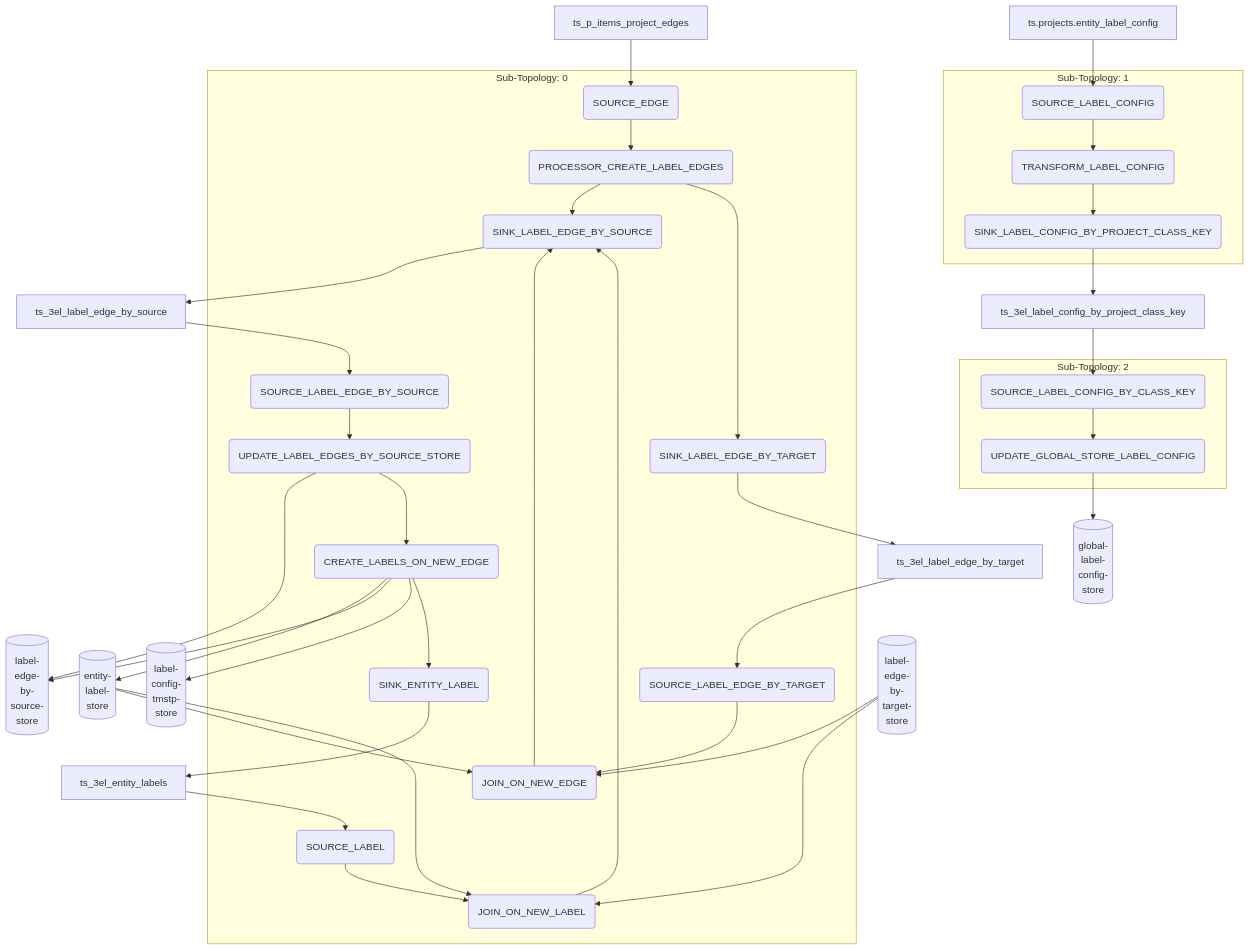
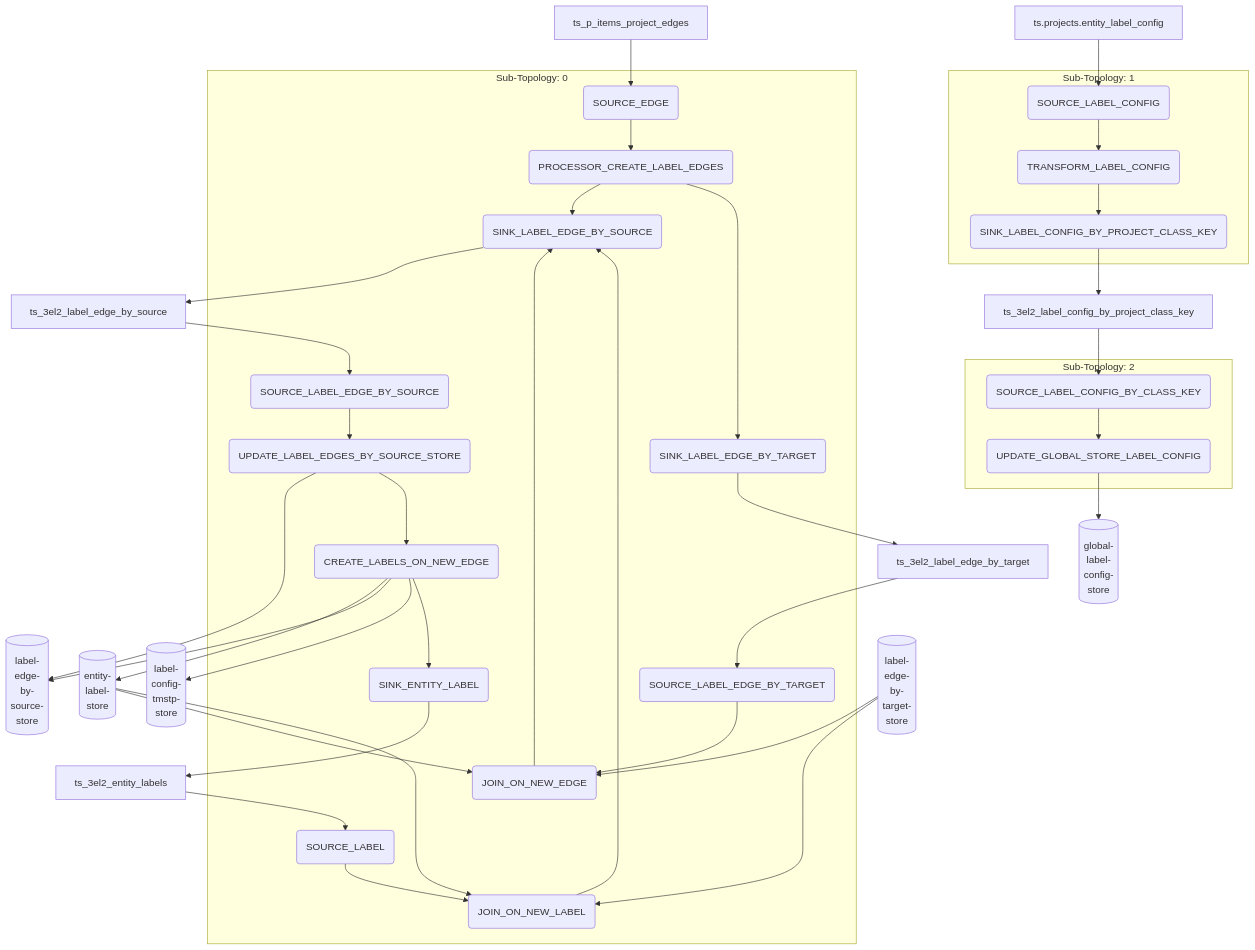
Before and after one commit to geovistory/toolbox-streams: the diagram in app-3-entity-label3/topology.md, drawn with Mermaid. The commit also changed 2 other files, not shown here.

Commit message:
trim strings for entity label

````diff
--- a/app-3-entity-label3/topology.md
+++ b/app-3-entity-label3/topology.md
@@ -1,60 +1,60 @@
 ```mermaid
 graph TD
 ts_p_items_project_edges[ts_p_items_project_edges] --> SOURCE_EDGE(SOURCE_EDGE)
-ts_3el_label_edge_by_source[ts_3el_label_edge_by_source] --> SOURCE_LABEL_EDGE_BY_SOURCE(SOURCE_LABEL_EDGE_BY_SOURCE)
-ts_3el_entity_labels[ts_3el_entity_labels] --> SOURCE_LABEL(SOURCE_LABEL)
-ts_3el_label_edge_by_target[ts_3el_label_edge_by_target] --> SOURCE_LABEL_EDGE_BY_TARGET(SOURCE_LABEL_EDGE_BY_TARGET)
+ts_3el2_label_edge_by_source[ts_3el2_label_edge_by_source] --> SOURCE_LABEL_EDGE_BY_SOURCE(SOURCE_LABEL_EDGE_BY_SOURCE)
+ts_3el2_entity_labels[ts_3el2_entity_labels] --> SOURCE_LABEL(SOURCE_LABEL)
+ts_3el2_label_edge_by_target[ts_3el2_label_edge_by_target] --> SOURCE_LABEL_EDGE_BY_TARGET(SOURCE_LABEL_EDGE_BY_TARGET)
 UPDATE_LABEL_EDGES_BY_SOURCE_STORE(UPDATE_LABEL_EDGES_BY_SOURCE_STORE) --> label-edge-by-source-store[(label-<br>edge-<br>by-<br>source-<br>store)]
 CREATE_LABELS_ON_NEW_EDGE(CREATE_LABELS_ON_NEW_EDGE) --> entity-label-store[(entity-<br>label-<br>store)]
 CREATE_LABELS_ON_NEW_EDGE(CREATE_LABELS_ON_NEW_EDGE) --> label-edge-by-source-store[(label-<br>edge-<br>by-<br>source-<br>store)]
 CREATE_LABELS_ON_NEW_EDGE(CREATE_LABELS_ON_NEW_EDGE) --> label-config-tmstp-store[(label-<br>config-<br>tmstp-<br>store)]
 label-edge-by-target-store[(label-<br>edge-<br>by-<br>target-<br>store)] --> JOIN_ON_NEW_EDGE(JOIN_ON_NEW_EDGE)
 entity-label-store[(entity-<br>label-<br>store)] --> JOIN_ON_NEW_EDGE(JOIN_ON_NEW_EDGE)
 label-edge-by-target-store[(label-<br>edge-<br>by-<br>target-<br>store)] --> JOIN_ON_NEW_LABEL(JOIN_ON_NEW_LABEL)
 entity-label-store[(entity-<br>label-<br>store)] --> JOIN_ON_NEW_LABEL(JOIN_ON_NEW_LABEL)
-SINK_ENTITY_LABEL(SINK_ENTITY_LABEL) --> ts_3el_entity_labels[ts_3el_entity_labels]
-SINK_LABEL_EDGE_BY_SOURCE(SINK_LABEL_EDGE_BY_SOURCE) --> ts_3el_label_edge_by_source[ts_3el_label_edge_by_source]
-SINK_LABEL_EDGE_BY_TARGET(SINK_LABEL_EDGE_BY_TARGET) --> ts_3el_label_edge_by_target[ts_3el_label_edge_by_target]
+SINK_ENTITY_LABEL(SINK_ENTITY_LABEL) --> ts_3el2_entity_labels[ts_3el2_entity_labels]
+SINK_LABEL_EDGE_BY_SOURCE(SINK_LABEL_EDGE_BY_SOURCE) --> ts_3el2_label_edge_by_source[ts_3el2_label_edge_by_source]
+SINK_LABEL_EDGE_BY_TARGET(SINK_LABEL_EDGE_BY_TARGET) --> ts_3el2_label_edge_by_target[ts_3el2_label_edge_by_target]
 ts.projects.entity_label_config[ts.projects.entity_label_config] --> SOURCE_LABEL_CONFIG(SOURCE_LABEL_CONFIG)
-SINK_LABEL_CONFIG_BY_PROJECT_CLASS_KEY(SINK_LABEL_CONFIG_BY_PROJECT_CLASS_KEY) --> ts_3el_label_config_by_project_class_key[ts_3el_label_config_by_project_class_key]
-ts_3el_label_config_by_project_class_key[ts_3el_label_config_by_project_class_key] --> SOURCE_LABEL_CONFIG_BY_CLASS_KEY(SOURCE_LABEL_CONFIG_BY_CLASS_KEY)
+SINK_LABEL_CONFIG_BY_PROJECT_CLASS_KEY(SINK_LABEL_CONFIG_BY_PROJECT_CLASS_KEY) --> ts_3el2_label_config_by_project_class_key[ts_3el2_label_config_by_project_class_key]
+ts_3el2_label_config_by_project_class_key[ts_3el2_label_config_by_project_class_key] --> SOURCE_LABEL_CONFIG_BY_CLASS_KEY(SOURCE_LABEL_CONFIG_BY_CLASS_KEY)
 UPDATE_GLOBAL_STORE_LABEL_CONFIG(UPDATE_GLOBAL_STORE_LABEL_CONFIG) --> global-label-config-store[(global-<br>label-<br>config-<br>store)]
 subgraph Sub-Topology: 0
 SOURCE_EDGE(SOURCE_EDGE) --> PROCESSOR_CREATE_LABEL_EDGES(PROCESSOR_CREATE_LABEL_EDGES)
 SOURCE_LABEL_EDGE_BY_SOURCE(SOURCE_LABEL_EDGE_BY_SOURCE) --> UPDATE_LABEL_EDGES_BY_SOURCE_STORE(UPDATE_LABEL_EDGES_BY_SOURCE_STORE)
 PROCESSOR_CREATE_LABEL_EDGES(PROCESSOR_CREATE_LABEL_EDGES) --> SINK_LABEL_EDGE_BY_SOURCE(SINK_LABEL_EDGE_BY_SOURCE)
 PROCESSOR_CREATE_LABEL_EDGES(PROCESSOR_CREATE_LABEL_EDGES) --> SINK_LABEL_EDGE_BY_TARGET(SINK_LABEL_EDGE_BY_TARGET)
 SOURCE_LABEL(SOURCE_LABEL) --> JOIN_ON_NEW_LABEL(JOIN_ON_NEW_LABEL)
 SOURCE_LABEL_EDGE_BY_TARGET(SOURCE_LABEL_EDGE_BY_TARGET) --> JOIN_ON_NEW_EDGE(JOIN_ON_NEW_EDGE)
 UPDATE_LABEL_EDGES_BY_SOURCE_STORE(UPDATE_LABEL_EDGES_BY_SOURCE_STORE) --> CREATE_LABELS_ON_NEW_EDGE(CREATE_LABELS_ON_NEW_EDGE)
 CREATE_LABELS_ON_NEW_EDGE(CREATE_LABELS_ON_NEW_EDGE) --> SINK_ENTITY_LABEL(SINK_ENTITY_LABEL)
 JOIN_ON_NEW_EDGE(JOIN_ON_NEW_EDGE) --> SINK_LABEL_EDGE_BY_SOURCE(SINK_LABEL_EDGE_BY_SOURCE)
 JOIN_ON_NEW_LABEL(JOIN_ON_NEW_LABEL) --> SINK_LABEL_EDGE_BY_SOURCE(SINK_LABEL_EDGE_BY_SOURCE)
 end
 subgraph Sub-Topology: 1
 SOURCE_LABEL_CONFIG(SOURCE_LABEL_CONFIG) --> TRANSFORM_LABEL_CONFIG(TRANSFORM_LABEL_CONFIG)
 TRANSFORM_LABEL_CONFIG(TRANSFORM_LABEL_CONFIG) --> SINK_LABEL_CONFIG_BY_PROJECT_CLASS_KEY(SINK_LABEL_CONFIG_BY_PROJECT_CLASS_KEY)
 end
 subgraph Sub-Topology: 2
 SOURCE_LABEL_CONFIG_BY_CLASS_KEY(SOURCE_LABEL_CONFIG_BY_CLASS_KEY) --> UPDATE_GLOBAL_STORE_LABEL_CONFIG(UPDATE_GLOBAL_STORE_LABEL_CONFIG)
 end
 ts_p_items_project_edges
-ts_3el_label_edge_by_source
-ts_3el_entity_labels
-ts_3el_label_edge_by_target
+ts_3el2_label_edge_by_source
+ts_3el2_entity_labels
+ts_3el2_label_edge_by_target
 ts.projects.entity_label_config
-ts_3el_label_config_by_project_class_key
-ts_3el_entity_labels
-ts_3el_label_edge_by_source
-ts_3el_label_edge_by_target
-ts_3el_label_config_by_project_class_key
+ts_3el2_label_config_by_project_class_key
+ts_3el2_entity_labels
+ts_3el2_label_edge_by_source
+ts_3el2_label_edge_by_target
+ts_3el2_label_config_by_project_class_key
 label-edge-by-source-store
 entity-label-store
 label-edge-by-source-store
 label-config-tmstp-store
 label-edge-by-target-store
 entity-label-store
 label-edge-by-target-store
 entity-label-store
 global-label-config-store
 ```
````
